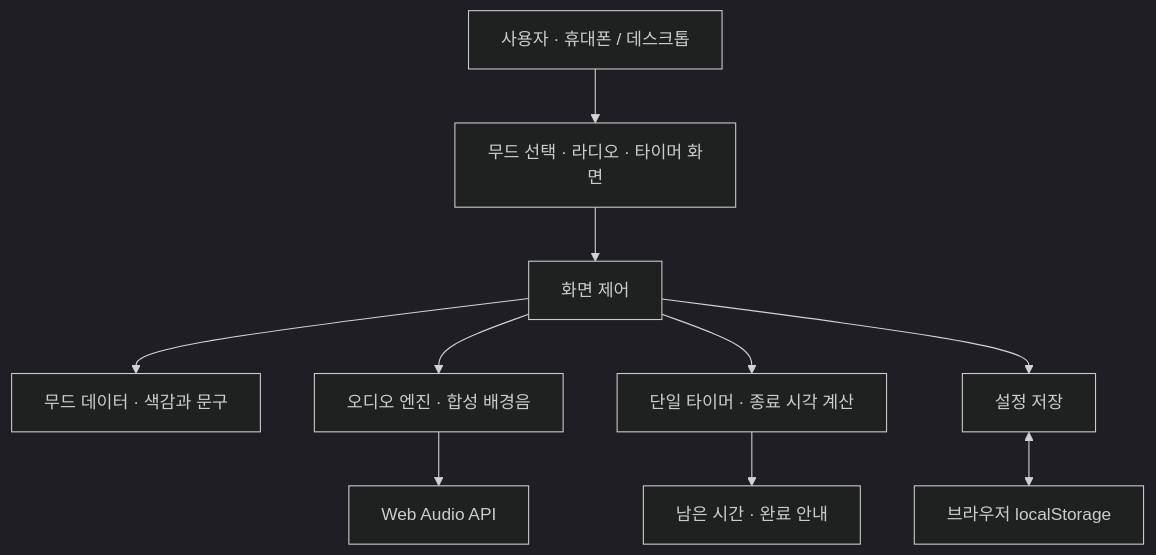
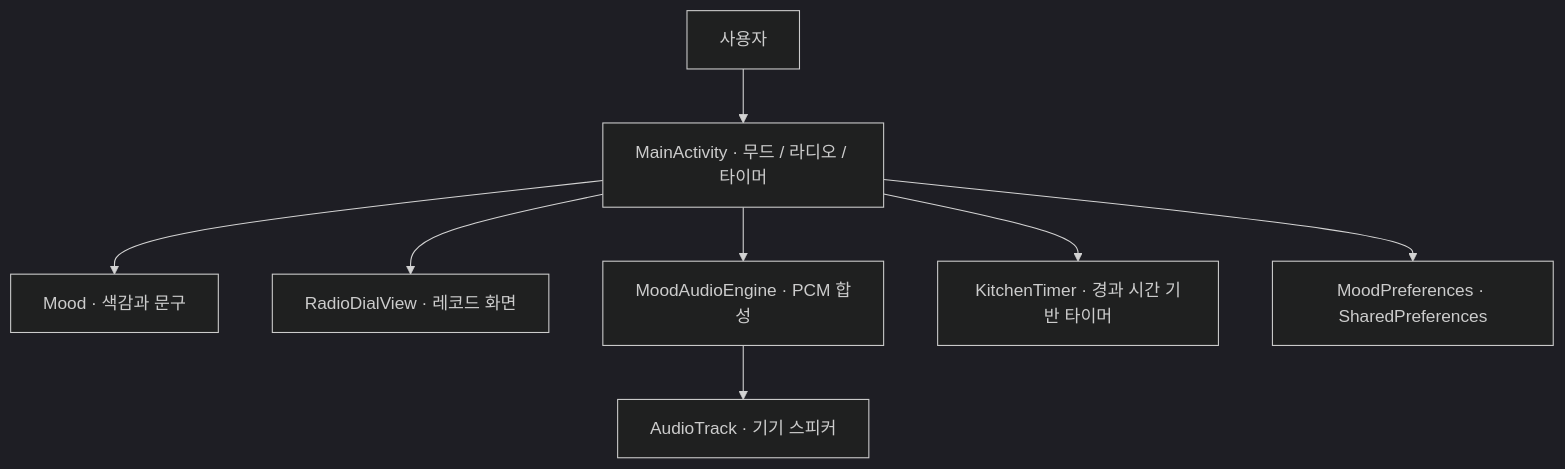
The diagram in README.md (jeongiryang/lg-ax-hackathon-cwnu-2026), drawn with Mermaid (dark theme) before and after one commit. The commit also changed other lines of this file and 48 other files, not shown here.

Commit message:
feat: implement native Kitchen Mood Radio Android prototype

````diff
--- a/README.md
+++ b/README.md
@@ -34,12 +34,10 @@
 ```mermaid
 flowchart TD
-    User[사용자 · 휴대폰 / 데스크톱] --> Screen[무드 선택 · 라디오 · 타이머 화면]
-    Screen --> Main[화면 제어]
-    Main --> Mood[무드 데이터 · 색감과 문구]
-    Main --> Audio[오디오 엔진 · 합성 배경음]
-    Audio --> Sound[Web Audio API]
-    Main --> Timer[단일 타이머 · 종료 시각 계산]
-    Timer --> Status[남은 시간 · 완료 안내]
-    Main --> Store[설정 저장]
-    Store <--> Local[브라우저 localStorage]
+    User[사용자] --> Screen[MainActivity · 무드 / 라디오 / 타이머]
+    Screen --> Mood[Mood · 색감과 문구]
+    Screen --> Record[RadioDialView · 레코드 화면]
+    Screen --> Audio[MoodAudioEngine · PCM 합성]
+    Audio --> Speaker[AudioTrack · 기기 스피커]
+    Screen --> Timer[KitchenTimer · 경과 시간 기반 타이머]
+    Screen --> Preferences[MoodPreferences · SharedPreferences]
 ```
````
